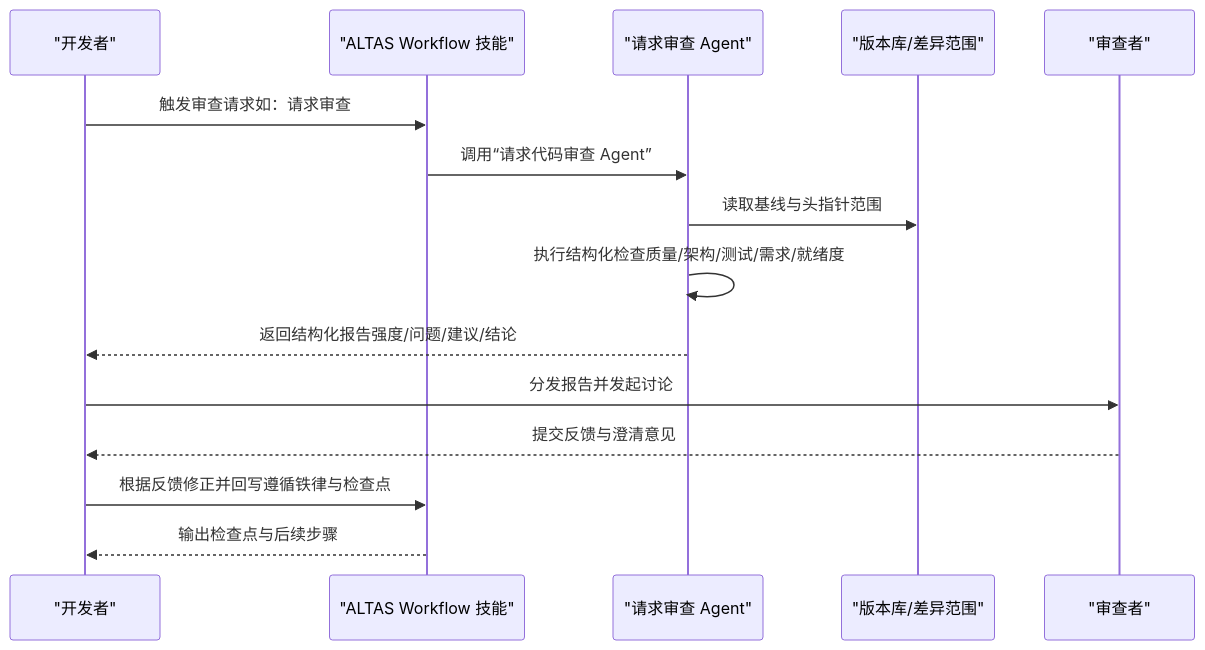
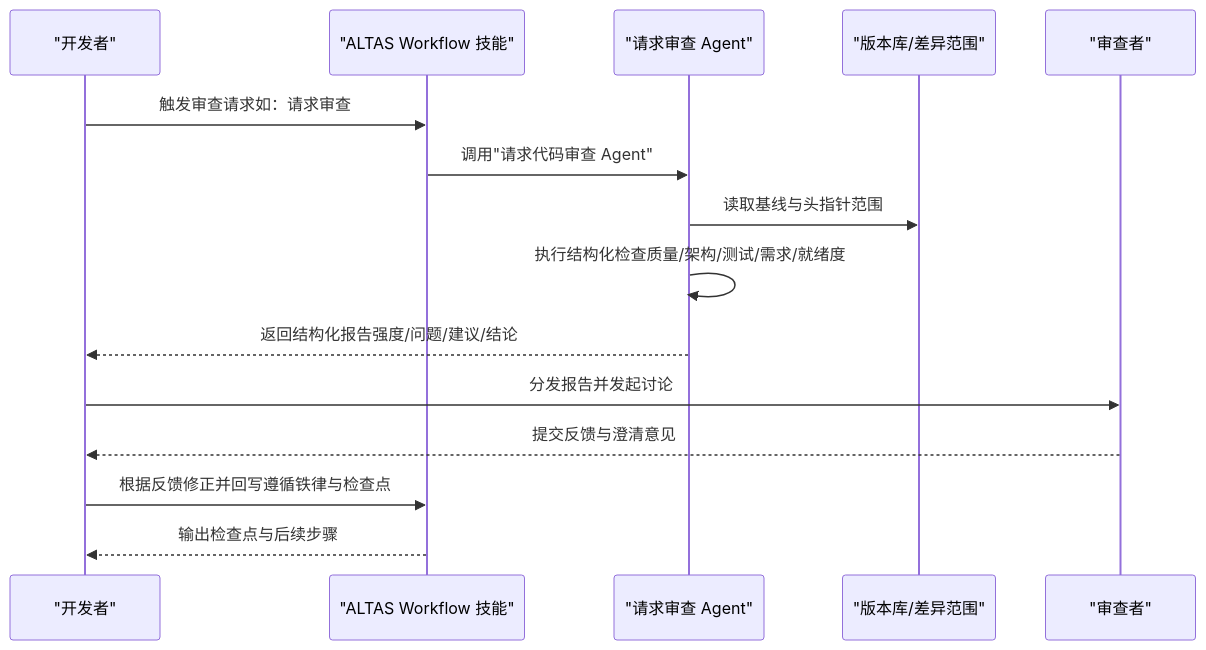
One commit to AngelWings1997/altas changed the second of 7 diagrams in .qoder/repowiki/zh/content/超级能力模块/代码审查流程.md. Above: the diagram before and after it, drawn with Mermaid. The commit also changed other lines of this file and 2 other files, not shown here.

````diff
--- a/.qoder/repowiki/zh/content/超级能力模块/代码审查流程.md
+++ b/.qoder/repowiki/zh/content/超级能力模块/代码审查流程.md
@@ -83,17 +110,17 @@
 ```mermaid
 sequenceDiagram
 participant Dev as "开发者"
 participant WF as "ALTAS Workflow 技能"
 participant Rev as "请求审查 Agent"
 participant Repo as "版本库/差异范围"
 participant Reviewer as "审查者"
 Dev->>WF : 触发审查请求如：请求审查
-WF->>Rev : 调用“请求代码审查 Agent”
+WF->>Rev : 调用"请求代码审查 Agent"
 Rev->>Repo : 读取基线与头指针范围
 Rev->>Rev : 执行结构化检查质量/架构/测试/需求/就绪度
 Rev-->>Dev : 返回结构化报告强度/问题/建议/结论
 Dev->>Reviewer : 分发报告并发起讨论
 Reviewer-->>Dev : 提交反馈与澄清意见
 Dev->>WF : 根据反馈修正并回写遵循铁律与检查点
 WF-->>Dev : 输出检查点与后续步骤
 ```
````
